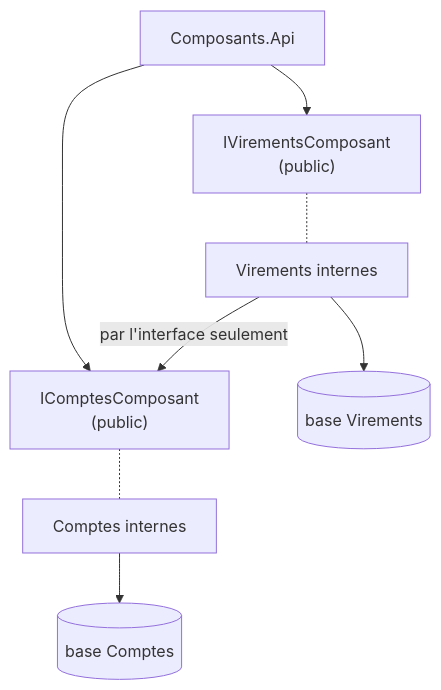
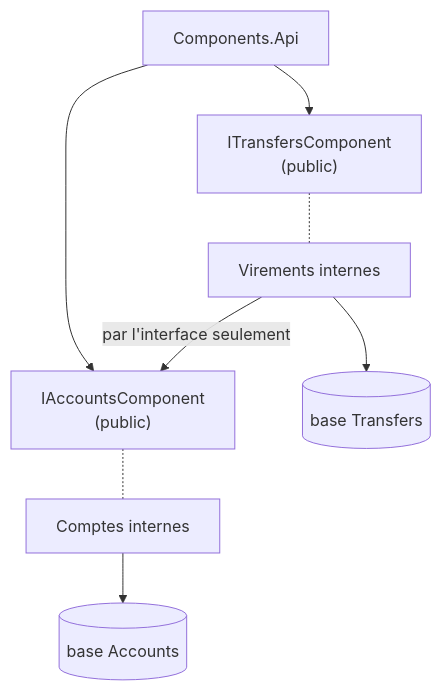
Before and after one commit to drangoht/ArchitecturesDemo: the diagram in Docs/fiches/06-composants.md, drawn with Mermaid. The commit also changed other lines of this file and 70 other files, not shown here.

Commit message:
Docs FR : identifiants, liens, diagrammes et sorties alignés sur le code anglais

````diff
--- a/Docs/fiches/06-composants.md
+++ b/Docs/fiches/06-composants.md
@@ -10,9 +10,9 @@
 ```mermaid
 flowchart TB
-    Api["Composants.Api"] --> IC["IComptesComposant<br/>(public)"]
-    Api --> IV["IVirementsComposant<br/>(public)"]
+    Api["Components.Api"] --> IC["IAccountsComponent<br/>(public)"]
+    Api --> IV["ITransfersComponent<br/>(public)"]
     IV -.- VI["Virements internes"] -->|"par l'interface seulement"| IC
     IC -.- CI["Comptes internes"]
-    CI --> DB1[("base Comptes")]
-    VI --> DB2[("base Virements")]
+    CI --> DB1[("base Accounts")]
+    VI --> DB2[("base Transfers")]
 ```
````
